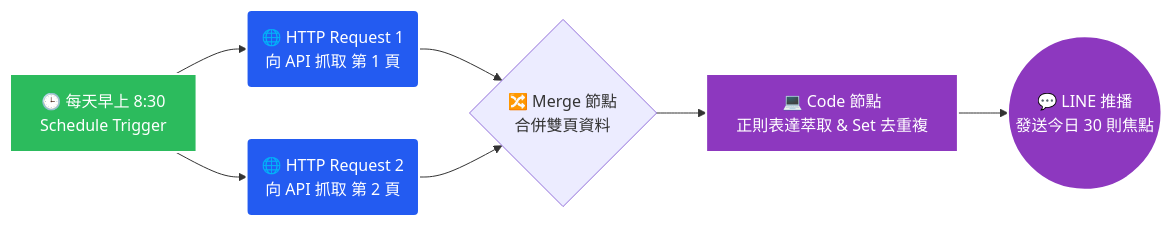
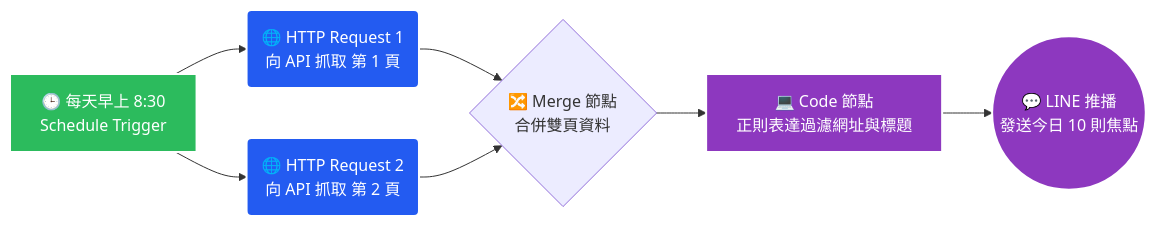
The diagram in README.md (noxxcvii/n8n-news-scraper), drawn with Mermaid before and after one commit.

Commit message:
Update README with changes to code nodes

````diff
--- a/README.md
+++ b/README.md
@@ -5,23 +5,23 @@
 ```mermaid
 graph LR
   A[🕒 每天早上 8:30
 Schedule Trigger] --> B(🌐 HTTP Request 1
 向 API 抓取 第 1 頁)
   A --> C(🌐 HTTP Request 2
 向 API 抓取 第 2 頁)
   B --> D{🔀 Merge 節點
 合併雙頁資料}
   C --> D
   D --> E[💻 Code 節點
-正則表達萃取 & Set 去重複]
+正則表達過濾網址與標題]
   E --> F((💬 LINE 推播
-發送今日 30 則焦點))
+發送今日 10 則焦點))
 
   classDef green fill:#2cbb5d,stroke:#fff,stroke-width:2px,color:#fff;
   classDef blue fill:#235bf1,stroke:#fff,stroke-width:2px,color:#fff;
   classDef purple fill:#8d38bf,stroke:#fff,stroke-width:2px,color:#fff;
   
   class A green
   class B,C blue
   class E,F purple
 ```
````
